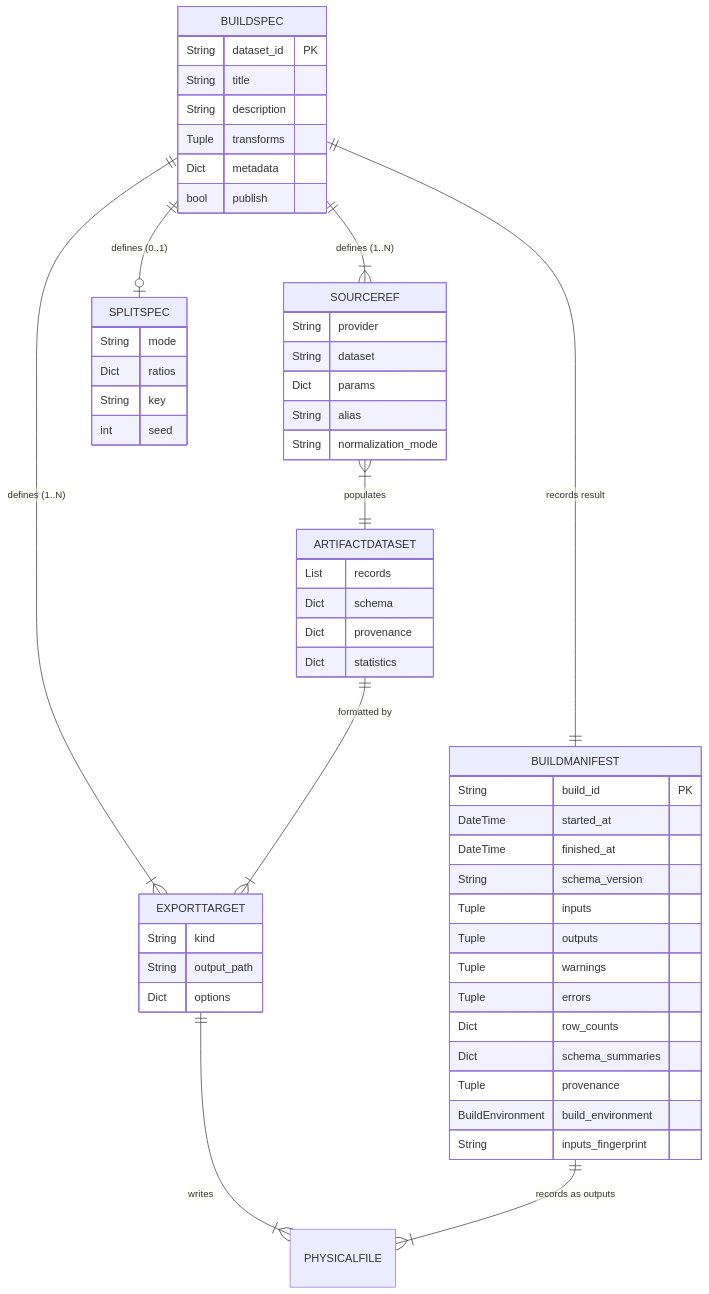
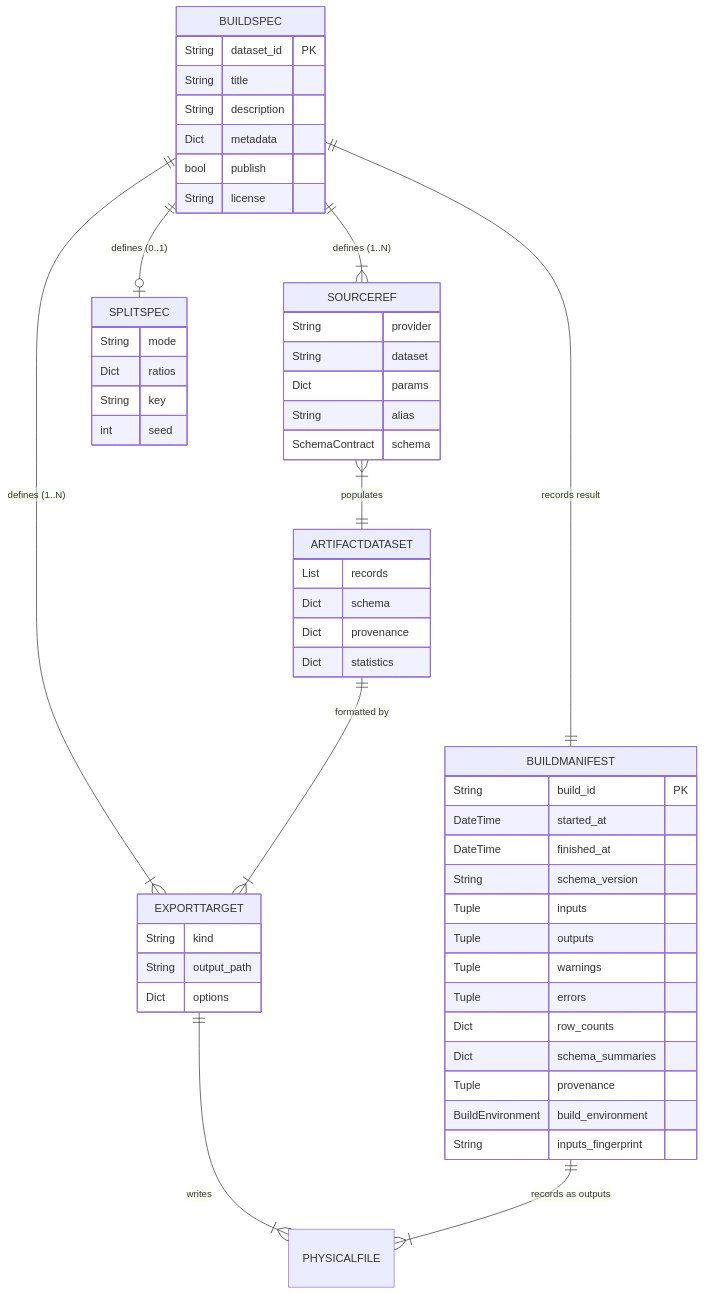
One commit to yeongseon/kpubdata-builder changed the fourth of 4 diagrams in DOMAIN_MODEL.md. Above: the diagram before and after it, drawn with Mermaid. The commit also changed other lines of this file and 10 other files, not shown here.

````diff
--- a/DOMAIN_MODEL.md
+++ b/DOMAIN_MODEL.md
@@ -168,59 +176,59 @@
 ```mermaid
 erDiagram
     BUILDSPEC ||--|{ SOURCEREF : "defines (1..N)"
     BUILDSPEC ||--|{ EXPORTTARGET : "defines (1..N)"
     BUILDSPEC ||--o| SPLITSPEC : "defines (0..1)"
     BUILDSPEC ||--|| BUILDMANIFEST : "records result"
     SOURCEREF }|--|| ARTIFACTDATASET : "populates"
     ARTIFACTDATASET ||--|{ EXPORTTARGET : "formatted by"
     EXPORTTARGET ||--|{ PHYSICALFILE : "writes"
     BUILDMANIFEST ||--|{ PHYSICALFILE : "records as outputs"
 
     BUILDSPEC {
         String dataset_id PK
         String title
         String description
-        Tuple transforms
         Dict metadata
         bool publish
+        String license
     }
     SOURCEREF {
         String provider
         String dataset
         Dict params
         String alias
-        String normalization_mode
+        SchemaContract schema
     }
     SPLITSPEC {
         String mode
         Dict ratios
         String key
         int seed
     }
     ARTIFACTDATASET {
         List records
         Dict schema
         Dict provenance
         Dict statistics
     }
     EXPORTTARGET {
         String kind
         String output_path
         Dict options
     }
     BUILDMANIFEST {
         String build_id PK
         DateTime started_at
         DateTime finished_at
         String schema_version
         Tuple inputs
         Tuple outputs
         Tuple warnings
         Tuple errors
         Dict row_counts
         Dict schema_summaries
         Tuple provenance
         BuildEnvironment build_environment
         String inputs_fingerprint
     }
 ```
````
